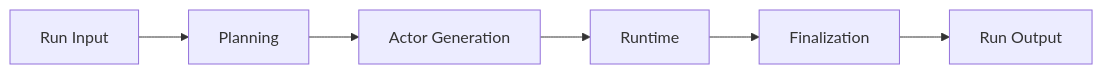
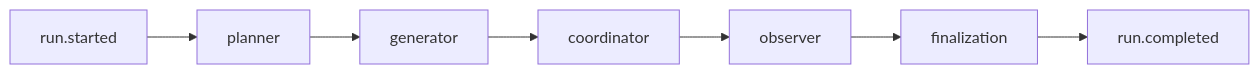
Before and after one commit to keonho-kim/simula: the diagram in docs/workflows/simulation.md, drawn with Mermaid. The commit also changed other lines of this file and 20 other files, not shown here.

````diff
--- a/docs/workflows/simulation.md
+++ b/docs/workflows/simulation.md
@@ -27,8 +20,9 @@
 ```mermaid
 flowchart LR
-    Start["Run Input"] --> Plan["Planning"]
-    Plan --> Actors["Actor Generation"]
-    Actors --> Runtime["Runtime"]
-    Runtime --> Final["Finalization"]
-    Final --> Done["Run Output"]
+    Start["run.started"] --> Planner["planner"]
+    Planner --> Generator["generator"]
+    Generator --> Coordinator["coordinator"]
+    Coordinator --> Observer["observer"]
+    Observer --> Finalization["finalization"]
+    Finalization --> Done["run.completed"]
 ```
````
